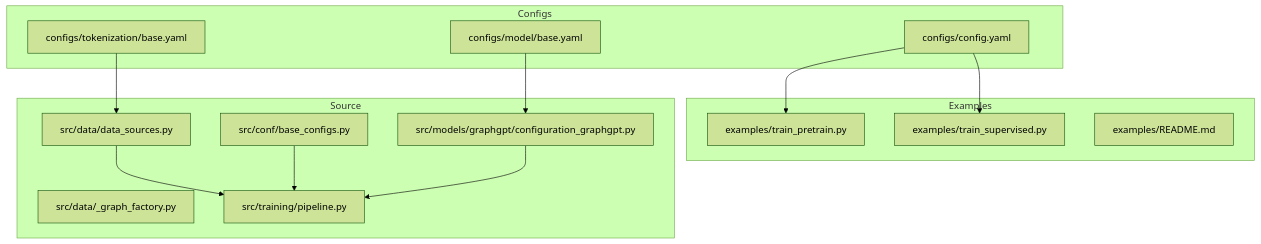
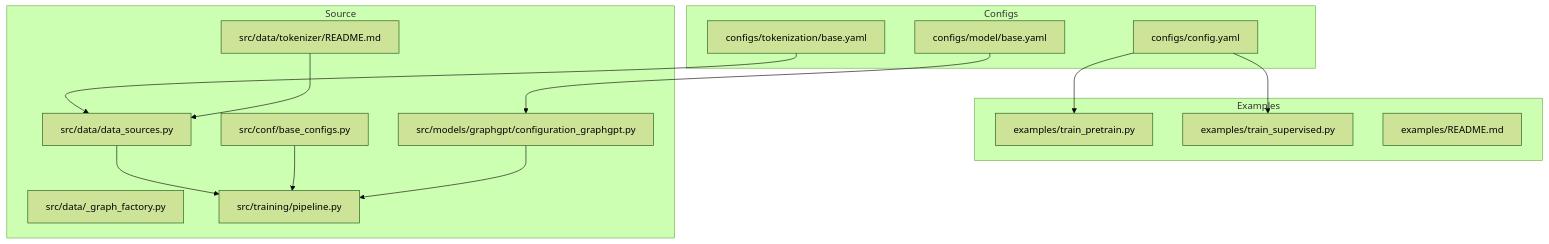
One commit to alibaba/graph-gpt changed the first of 8 diagrams in .qoder/repowiki/en/content/Development Guidelines.md. Above: the diagram before and after it, drawn with Mermaid (forest theme). The commit also changed other lines of this file and 9 other files, not shown here.

````diff
--- a/.qoder/repowiki/en/content/Development Guidelines.md
+++ b/.qoder/repowiki/en/content/Development Guidelines.md
@@ -60,27 +71,29 @@
 ```mermaid
 graph TB
 subgraph "Configs"
 CFG["configs/config.yaml"]
 CM["configs/model/base.yaml"]
 CT["configs/tokenization/base.yaml"]
 end
 subgraph "Examples"
 EP["examples/train_pretrain.py"]
 ES["examples/train_supervised.py"]
 ER["examples/README.md"]
 end
 subgraph "Source"
 CONF["src/conf/base_configs.py"]
 DATA["src/data/data_sources.py"]
 FACT["src/data/_graph_factory.py"]
 PIPE["src/training/pipeline.py"]
 MCFG["src/models/graphgpt/configuration_graphgpt.py"]
+TOK["src/data/tokenizer/README.md"]
 end
 CFG --> EP
 CFG --> ES
 CM --> MCFG
 CT --> DATA
 DATA --> PIPE
 CONF --> PIPE
 MCFG --> PIPE
+TOK --> DATA
 ```
````
